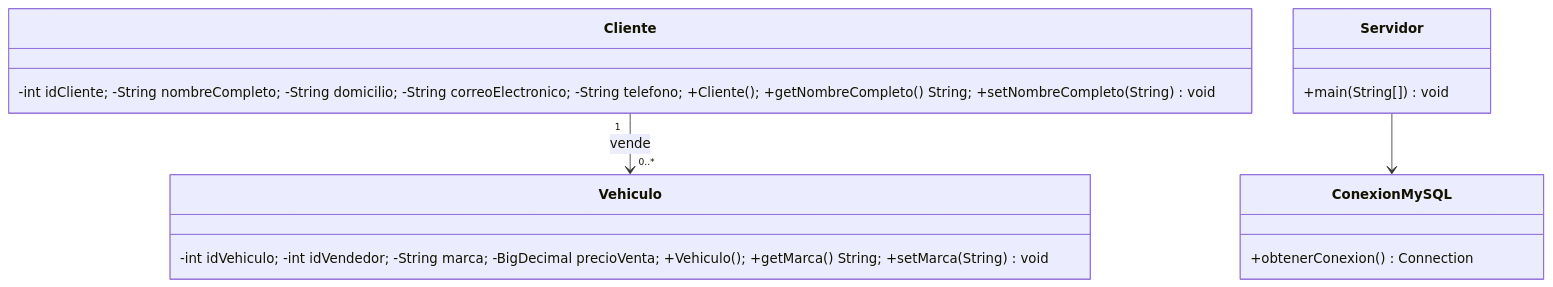
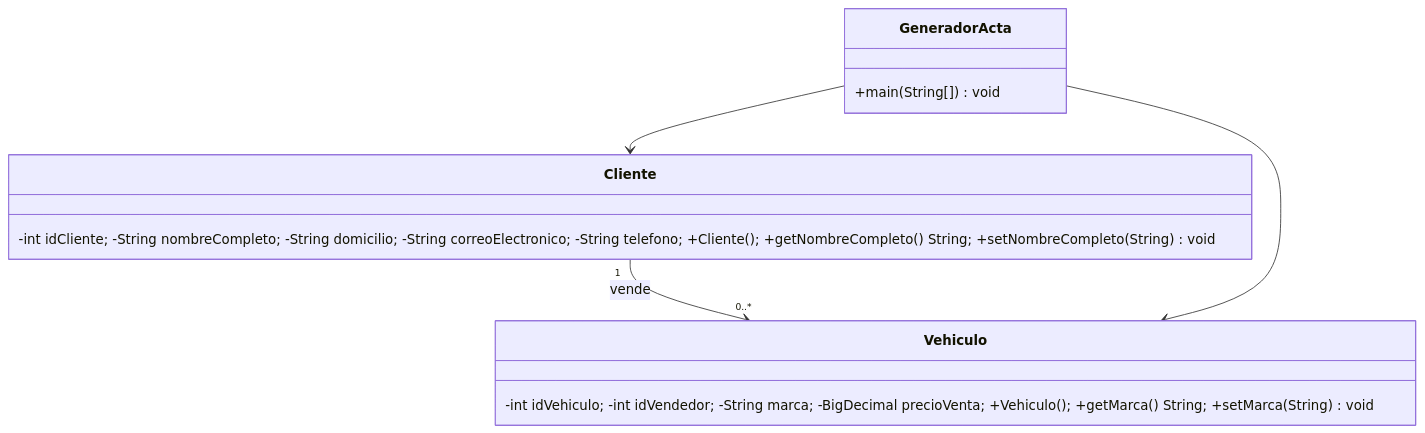
The second of 2 diagrams in docs/modelos.md (Hdpjiax/ProyectoVehiculos), drawn with Mermaid before and after one commit. The commit also changed other lines of this file, not shown here.

Commit message:
Actualizar arquitectura sin Maven: docs/modelos.md

````diff
--- a/docs/modelos.md
+++ b/docs/modelos.md
@@ -66,9 +66,9 @@
 ```mermaid
 classDiagram
   class Cliente { -int idCliente; -String nombreCompleto; -String domicilio; -String correoElectronico; -String telefono; +Cliente(); +getNombreCompleto() String; +setNombreCompleto(String) void }
   class Vehiculo { -int idVehiculo; -int idVendedor; -String marca; -BigDecimal precioVenta; +Vehiculo(); +getMarca() String; +setMarca(String) void }
-  class ConexionMySQL { +obtenerConexion() Connection }
-  class Servidor { +main(String[]) void }
+  class GeneradorActa { +main(String[]) void }
   Cliente "1" --> "0..*" Vehiculo : vende
-  Servidor --> ConexionMySQL
+  GeneradorActa --> Cliente
+  GeneradorActa --> Vehiculo
 ```
````
